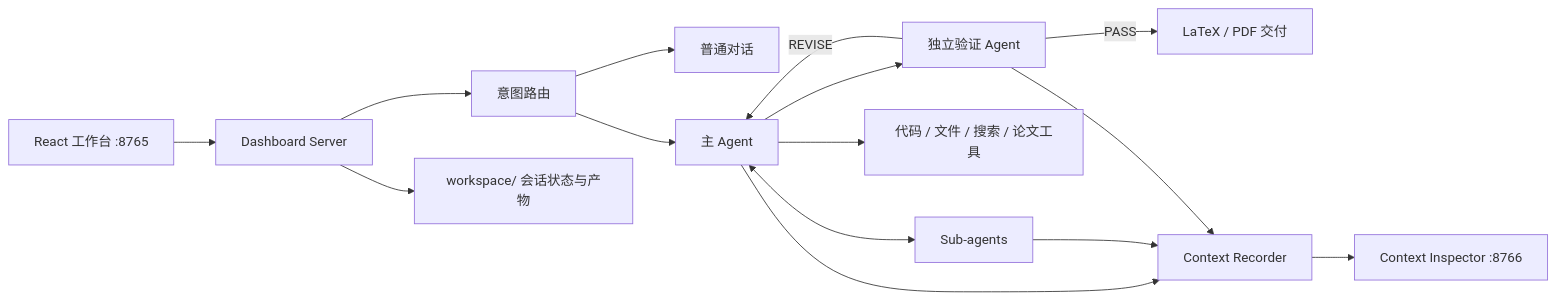
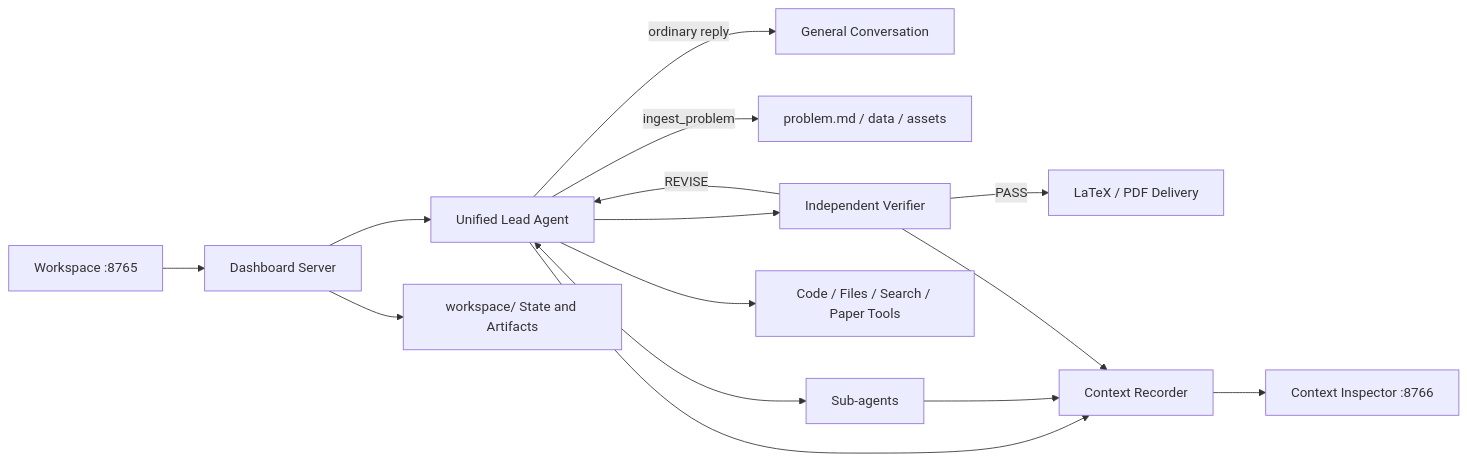
Before and after one commit to patrlean/open-math-model-agent: the diagram in README.md, drawn with Mermaid. The commit also changed other lines of this file and 133 other files, not shown here.

````diff
--- a/README.md
+++ b/README.md
@@ -23,17 +28,17 @@
 ```mermaid
 flowchart LR
-    UI["React 工作台 :8765"] --> API["Dashboard Server"]
-    API --> Router["意图路由"]
-    Router --> Chat["普通对话"]
-    Router --> Lead["主 Agent"]
+    UI["Workspace :8765"] --> API["Dashboard Server"]
+    API --> Lead["Unified Lead Agent"]
+    Lead -->|"ordinary reply"| Chat["General Conversation"]
+    Lead -->|"ingest_problem"| Intake["problem.md / data / assets"]
     Lead <--> Subs["Sub-agents"]
-    Lead --> Tools["代码 / 文件 / 搜索 / 论文工具"]
-    Lead --> Verifier["独立验证 Agent"]
+    Lead --> Tools["Code / Files / Search / Paper Tools"]
+    Lead --> Verifier["Independent Verifier"]
     Verifier -->|"REVISE"| Lead
-    Verifier -->|"PASS"| Delivery["LaTeX / PDF 交付"]
-    API --> Workspace["workspace/ 会话状态与产物"]
+    Verifier -->|"PASS"| Delivery["LaTeX / PDF Delivery"]
+    API --> Workspace["workspace/ State and Artifacts"]
     Lead --> Recorder["Context Recorder"]
     Subs --> Recorder
     Verifier --> Recorder
     Recorder --> Inspector["Context Inspector :8766"]
 ```
````
